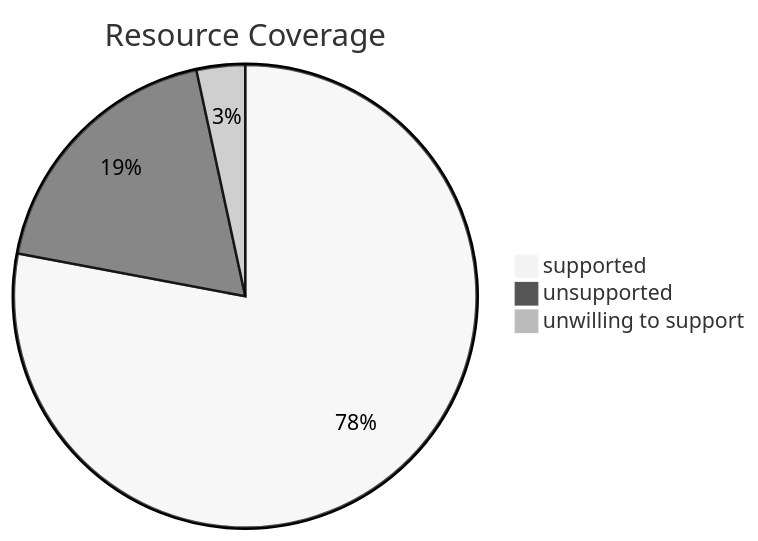
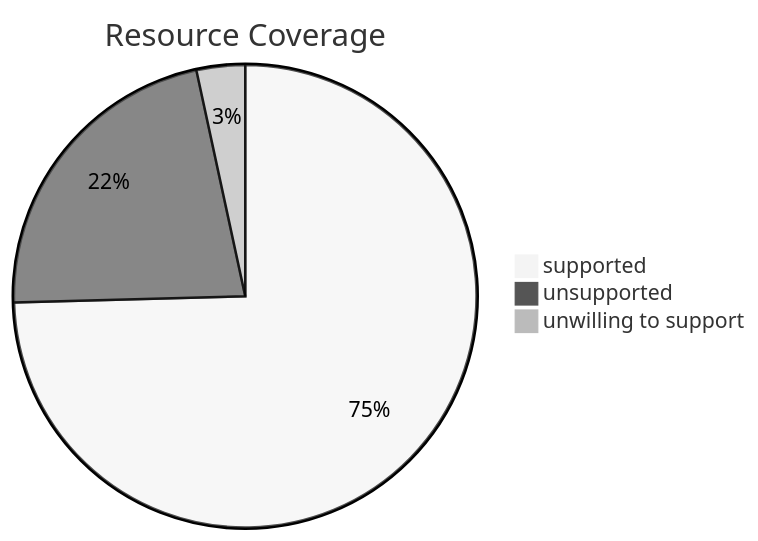
Before and after one commit to lassoColombo/nuke: the diagram in README.md, drawn with Mermaid (neutral theme). The commit also changed other lines of this file, not shown here.

````diff
--- a/README.md
+++ b/README.md
@@ -154,7 +148,7 @@
 ```mermaid
 pie title Resource Coverage
-    "supported" : 46
-    "unsupported" : 11
+    "supported" : 44
+    "unsupported" : 13
     "unwilling to support" : 2
 
 ```
````
